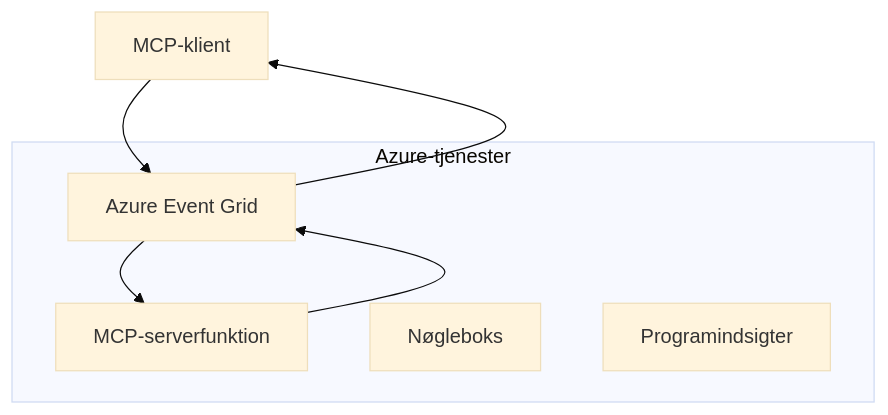
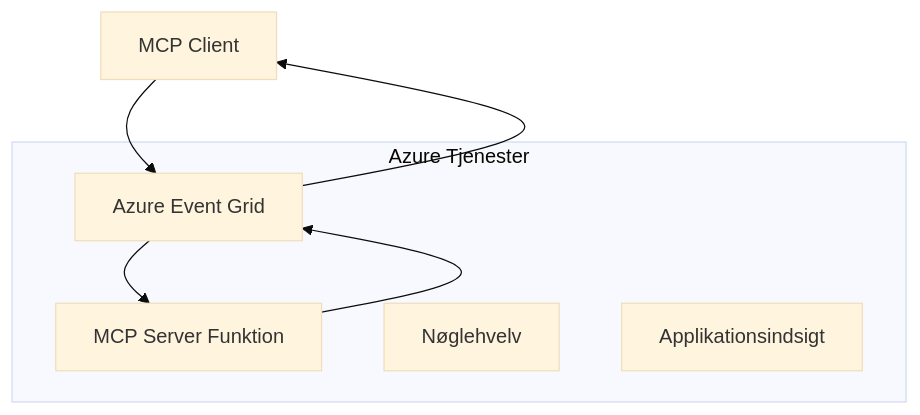
One commit to HIDORAKAI002/ai-workspace-archive changed the first of 2 diagrams in mcp_ecosystem__model_context_protocol/mcp_learning_resources/mcp-for-beginners/translations/da/05-AdvancedTopics/mcp-transport/README.md. Above: the diagram before and after it, drawn with Mermaid (base theme). The commit also changed other lines of this file and 1539 other files, not shown here.

````diff
--- a/mcp_ecosystem__model_context_protocol/mcp_learning_resources/mcp-for-beginners/translations/da/05-AdvancedTopics/mcp-transport/README.md
+++ b/mcp_ecosystem__model_context_protocol/mcp_learning_resources/mcp-for-beginners/translations/da/05-AdvancedTopics/mcp-transport/README.md
@@ -58,14 +58,14 @@
 ```mermaid
 graph TB
-    Client[MCP-klient] --> EG[Azure Event Grid]
-    EG --> Server[MCP-serverfunktion]
+    Client[MCP Client] --> EG[Azure Event Grid]
+    EG --> Server[MCP Server Funktion]
     Server --> EG
     EG --> Client
     
-    subgraph "Azure-tjenester"
+    subgraph "Azure Tjenester"
         EG
         Server
-        KV[Nøgleboks]
-        Monitor[Programindsigter]
+        KV[Nøglehvelv]
+        Monitor[Applikationsindsigt]
     end
 ```
````
